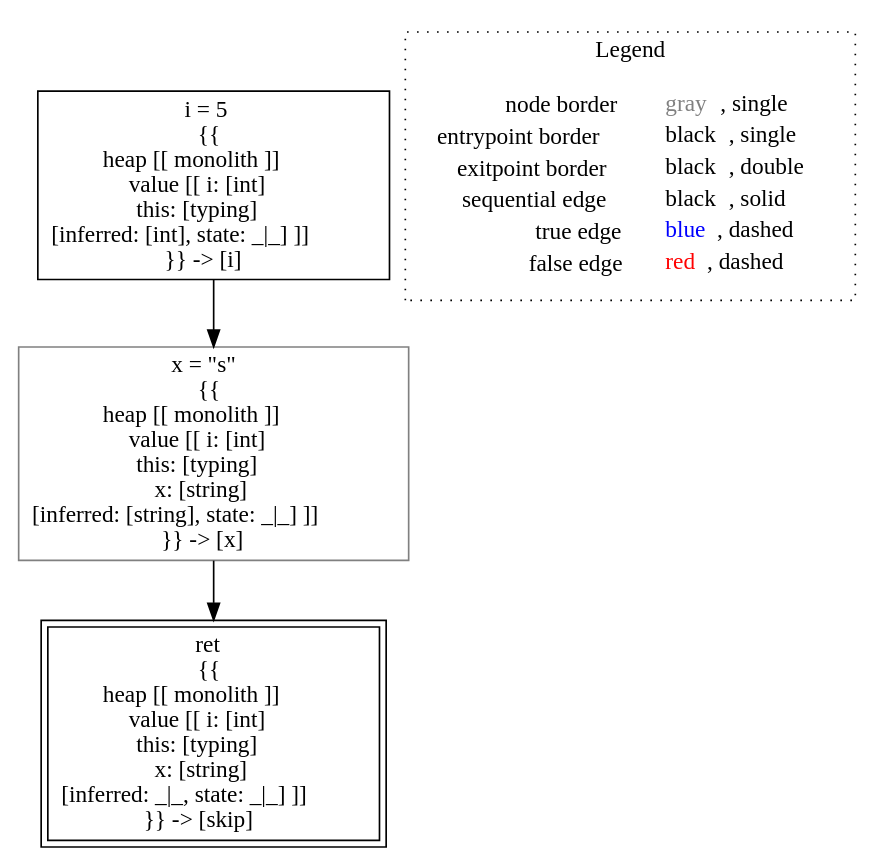
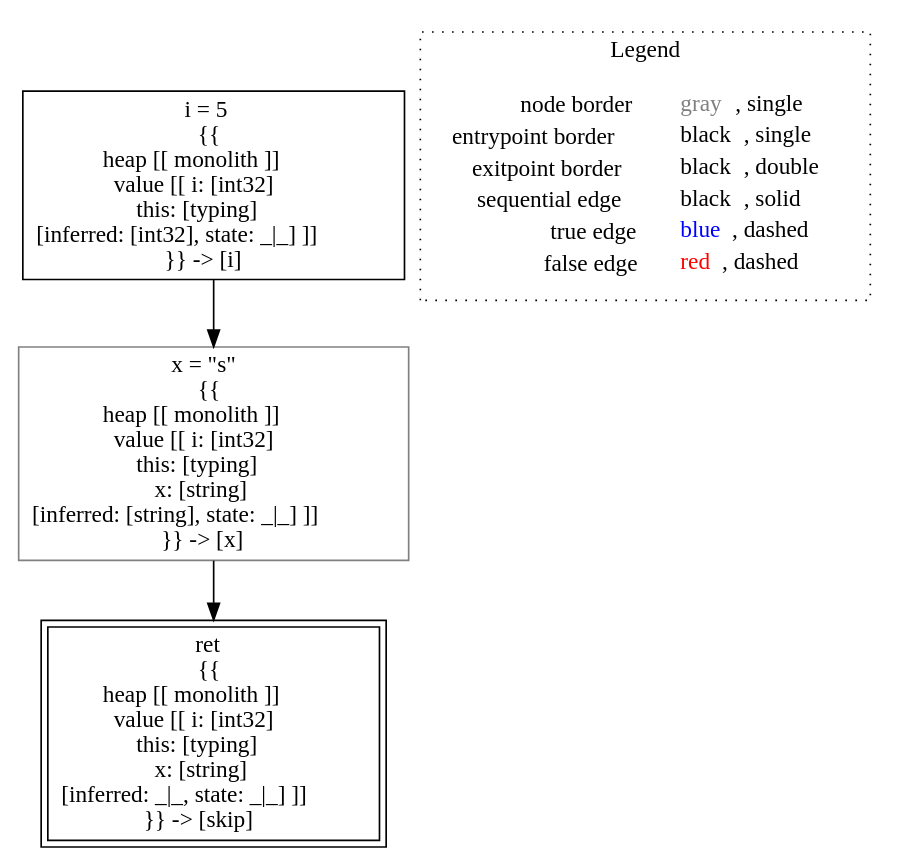
The diagram in lisa/lisa-core/imp-testcases/type-inference/typing___untyped_typing.test1(typing_this).dot (lisa-analyzer/lisa), drawn with Graphviz before and after one commit. The commit also changed 17 other files, not shown here.

```diff
--- a/lisa/lisa-core/imp-testcases/type-inference/typing___untyped_typing.test1(typing_this).dot
+++ b/lisa/lisa-core/imp-testcases/type-inference/typing___untyped_typing.test1(typing_this).dot
@@ -1,14 +1,14 @@
 digraph {
-	"node0" [shape="rect",color="black",label=<i = 5<BR/>{{<BR/>heap [[ monolith ]]<BR/>value [[ i: [int]<BR/>this: [typing]<BR/>[inferred: [int], state: _|_] ]]<BR/>}} -&gt; [i]>];
-	"node1" [shape="rect",color="gray",label=<x = &quot;s&quot;<BR/>{{<BR/>heap [[ monolith ]]<BR/>value [[ i: [int]<BR/>this: [typing]<BR/>x: [string]<BR/>[inferred: [string], state: _|_] ]]<BR/>}} -&gt; [x]>];
-	"node2" [shape="rect",color="black",peripheries="2",label=<ret<BR/>{{<BR/>heap [[ monolith ]]<BR/>value [[ i: [int]<BR/>this: [typing]<BR/>x: [string]<BR/>[inferred: _|_, state: _|_] ]]<BR/>}} -&gt; [skip]>];
+	"node0" [shape="rect",color="black",label=<i = 5<BR/>{{<BR/>heap [[ monolith ]]<BR/>value [[ i: [int32]<BR/>this: [typing]<BR/>[inferred: [int32], state: _|_] ]]<BR/>}} -&gt; [i]>];
+	"node1" [shape="rect",color="gray",label=<x = &quot;s&quot;<BR/>{{<BR/>heap [[ monolith ]]<BR/>value [[ i: [int32]<BR/>this: [typing]<BR/>x: [string]<BR/>[inferred: [string], state: _|_] ]]<BR/>}} -&gt; [x]>];
+	"node2" [shape="rect",color="black",peripheries="2",label=<ret<BR/>{{<BR/>heap [[ monolith ]]<BR/>value [[ i: [int32]<BR/>this: [typing]<BR/>x: [string]<BR/>[inferred: _|_, state: _|_] ]]<BR/>}} -&gt; [skip]>];
 	"node1" -> "node2" [color="black"];
 	"node0" -> "node1" [color="black"];
 subgraph cluster_legend {
 	label="Legend";
 	style=dotted;
 	node [shape=plaintext];
 	"legend" [label=<<table border="0" cellpadding="2" cellspacing="0" cellborder="0"><tr><td align="right">node border&nbsp;</td><td align="left"><font color="gray">gray</font>, single</td></tr><tr><td align="right">entrypoint border&nbsp;</td><td align="left"><font color="black">black</font>, single</td></tr><tr><td align="right">exitpoint border&nbsp;</td><td align="left"><font color="black">black</font>, double</td></tr><tr><td align="right">sequential edge&nbsp;</td><td align="left"><font color="black">black</font>, solid</td></tr><tr><td align="right">true edge&nbsp;</td><td align="left"><font color="blue">blue</font>, dashed</td></tr><tr><td align="right">false edge&nbsp;</td><td align="left"><font color="red">red</font>, dashed</td></tr></table>>];
 }
 
 }
```
